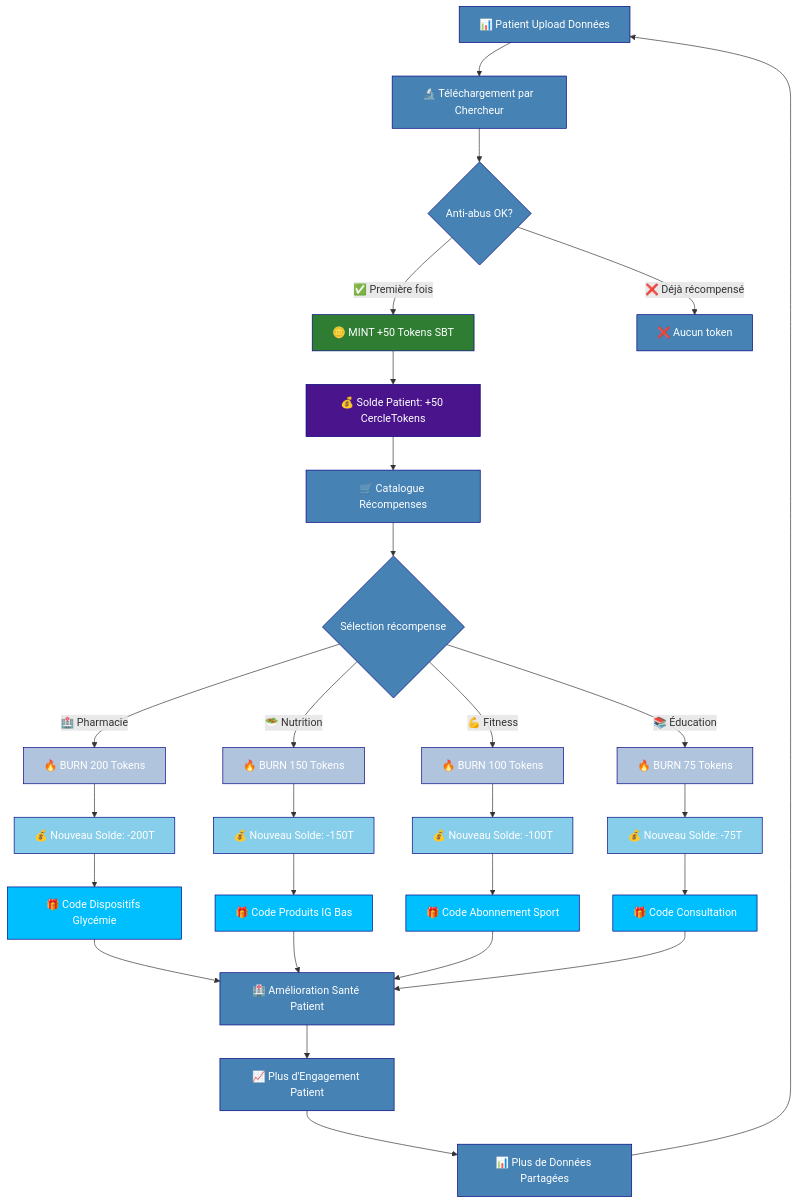
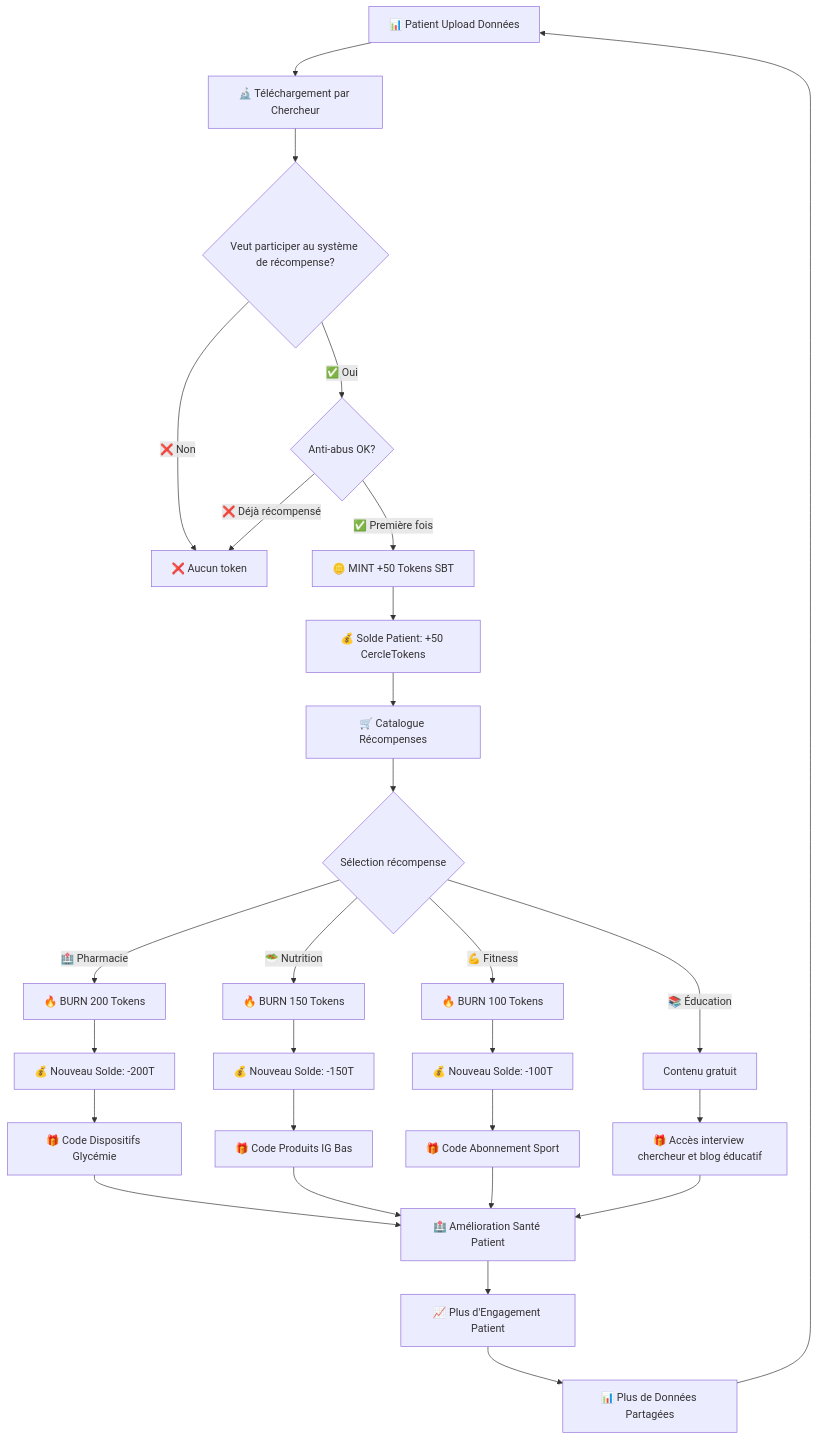
The first of 2 diagrams in README.md (lasiouce/mon_cercle_sante), drawn with Mermaid before and after one commit.

````diff
--- a/README.md
+++ b/README.md
@@ -26,56 +26,41 @@
 ```mermaid
 graph TD
-    A[📊 Patient Upload Données] --> B[🔬 Téléchargement par Chercheur]
-    
-    B --> C{Anti-abus OK?}
-    C -->|✅ Première fois| D[🪙 MINT +50 Tokens SBT]
-    C -->|❌ Déjà récompensé| X[❌ Aucun token]
-    
-    D --> E[💰 Solde Patient: +50 CercleTokens]
-    
-    E --> F[🛒 Catalogue Récompenses]
-    F --> G{Sélection récompense}
-    
-    G -->|🏥 Pharmacie| H1[🔥 BURN 200 Tokens]
-    G -->|🥗 Nutrition| H2[🔥 BURN 150 Tokens]
-    G -->|💪 Fitness| H3[🔥 BURN 100 Tokens]
-    G -->|📚 Éducation| H4[🔥 BURN 75 Tokens]
-    
-    H1 --> I1[💰 Nouveau Solde: -200T]
-    H2 --> I2[💰 Nouveau Solde: -150T]
-    H3 --> I3[💰 Nouveau Solde: -100T]
-    H4 --> I4[💰 Nouveau Solde: -75T]
-    
-    I1 --> J1[🎁 Code Dispositifs Glycémie]
-    I2 --> J2[🎁 Code Produits IG Bas]
-    I3 --> J3[🎁 Code Abonnement Sport]
-    I4 --> J4[🎁 Code Consultation]
-    
-    J1 --> K[🏥 Amélioration Santé Patient]
-    J2 --> K
-    J3 --> K
-    J4 --> K
-    
-    K --> L[📈 Plus d'Engagement Patient]
-    L --> M[📊 Plus de Données Partagées]
-    M --> A
-    
-    %% Styles avec couleurs foncées pour texte blanc
-    style D fill:#2E7D32,stroke:#000080,stroke-width:1px,color:#FFFFFF
-    style E fill:#4A148C,stroke:#000080,stroke-width:1px,color:#FFFFFF
-    style H1 fill:#B0C4DE,stroke:#000080,stroke-width:1px,color:#FFFFFF
-    style H2 fill:#B0C4DE,stroke:#000080,stroke-width:1px,color:#FFFFFF
-    style H3 fill:#B0C4DE,stroke:#000080,stroke-width:1px,color:#FFFFFF
-    style H4 fill:#B0C4DE,stroke:#000080,stroke-width:1px,color:#FFFFFF
-    style I1 fill:#87CEEB,stroke:#000080,stroke-width:1px,color:#FFFFFF
-    style I2 fill:#87CEEB,stroke:#000080,stroke-width:1px,color:#FFFFFF
-    style I3 fill:#87CEEB,stroke:#000080,stroke-width:1px,color:#FFFFFF
-    style I4 fill:#87CEEB,stroke:#000080,stroke-width:1px,color:#FFFFFF
-    style J1 fill:#00BFFF,stroke:#000080,stroke-width:1px,color:#FFFFFF
-    style J2 fill:#00BFFF,stroke:#000080,stroke-width:1px,color:#FFFFFF
-    style J3 fill:#00BFFF,stroke:#000080,stroke-width:1px,color:#FFFFFF
-    style J4 fill:#00BFFF,stroke:#000080,stroke-width:1px,color:#FFFFFF
-    
-    classDef tokenFlow fill:#4682B4,stroke:#000080,stroke-width:1px,color:#FFFFFF
-    class A,B,C,F,G,K,L,M,X tokenFlow
+A[📊 Patient Upload Données] --> B[🔬 Téléchargement par Chercheur]
+
+B --> N{Veut participer au système de récompense?}
+N -->|✅ Oui| C{Anti-abus OK?}
+N -->|❌ Non| X[❌ Aucun token]
+
+C -->|✅ Première fois| D[🪙 MINT +50 Tokens SBT]
+C -->|❌ Déjà récompensé| X[❌ Aucun token]
+
+D --> E[💰 Solde Patient: +50 CercleTokens]
+
+E --> F[🛒 Catalogue Récompenses]
+F --> G{Sélection récompense}
+
+G -->|🏥 Pharmacie| H1[🔥 BURN 200 Tokens]
+G -->|🥗 Nutrition| H2[🔥 BURN 150 Tokens]
+G -->|💪 Fitness| H3[🔥 BURN 100 Tokens]
+G -->|📚 Éducation| H4[Contenu gratuit]
+
+H1 --> I1[💰 Nouveau Solde: -200T]
+H2 --> I2[💰 Nouveau Solde: -150T]
+H3 --> I3[💰 Nouveau Solde: -100T]
+
+
+I1 --> J1[🎁 Code Dispositifs Glycémie]
+I2 --> J2[🎁 Code Produits IG Bas]
+I3 --> J3[🎁 Code Abonnement Sport]
+H4 --> J4[🎁 Accès interview chercheur et blog éducatif]
+
+J1 --> K[🏥 Amélioration Santé Patient]
+J2 --> K
+J3 --> K
+J4 --> K
+
+K --> L[📈 Plus d'Engagement Patient]
+L --> M[📊 Plus de Données Partagées]
+M --> A
+
 ```
````
